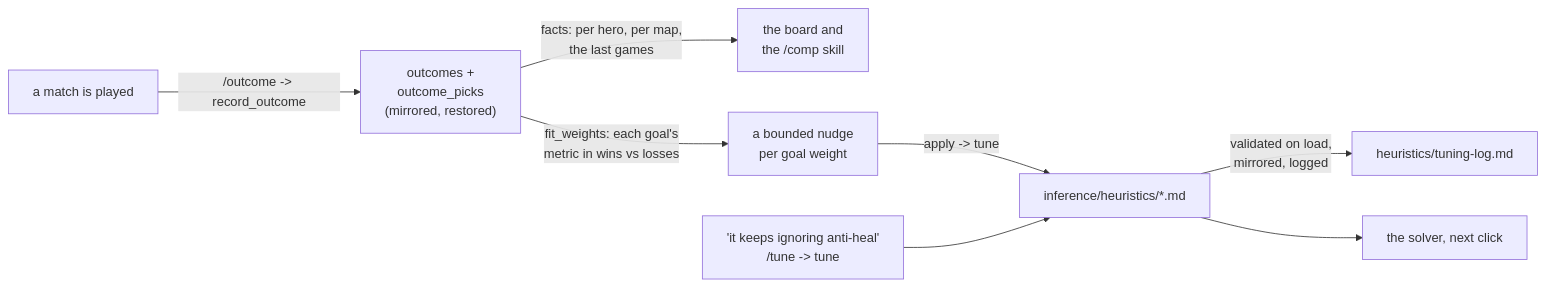
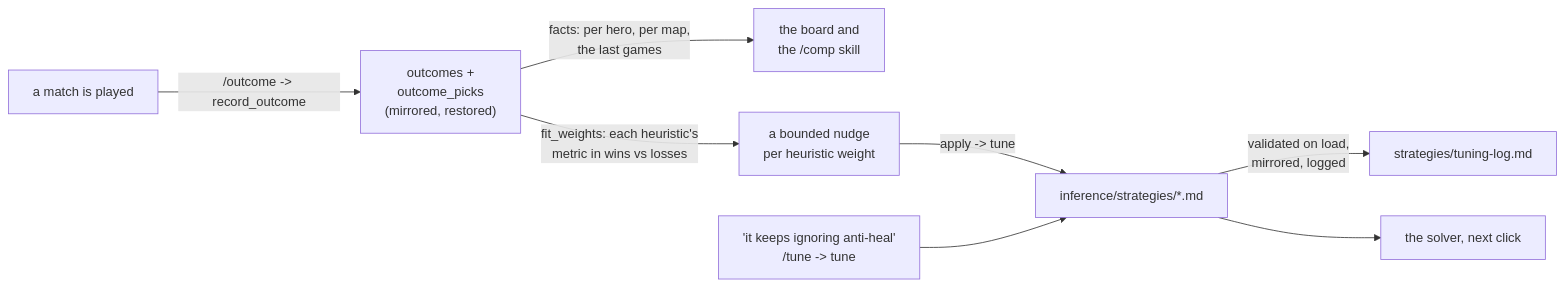
One commit to mmikol/counter-utility-matrix changed the third of 6 diagrams in docs/architecture.md. Above: the diagram before and after it, drawn with Mermaid. The commit also changed other lines of this file and 179 other files, not shown here.

````diff
--- a/docs/architecture.md
+++ b/docs/architecture.md
@@ -113,10 +117,10 @@
 ```mermaid
 flowchart LR
     GAME["a match is played"] -->|"/outcome -> record_outcome"| OUT["outcomes +<br/>outcome_picks<br/>(mirrored, restored)"]
     OUT -->|"facts: per hero, per map,<br/>the last games"| BOARD["the board and<br/>the /comp skill"]
-    OUT -->|"fit_weights: each goal's<br/>metric in wins vs losses"| FIT["a bounded nudge<br/>per goal weight"]
-    FIT -->|"apply -> tune"| HEUR["inference/heuristics/*.md"]
+    OUT -->|"fit_weights: each heuristic's<br/>metric in wins vs losses"| FIT["a bounded nudge<br/>per heuristic weight"]
+    FIT -->|"apply -> tune"| HEUR["inference/strategies/*.md"]
     USER["'it keeps ignoring anti-heal'<br/>/tune -> tune"] --> HEUR
-    HEUR -->|"validated on load,<br/>mirrored, logged"| LOG["heuristics/tuning-log.md"]
+    HEUR -->|"validated on load,<br/>mirrored, logged"| LOG["strategies/tuning-log.md"]
     HEUR --> SOLVER["the solver, next click"]
 ```
````
